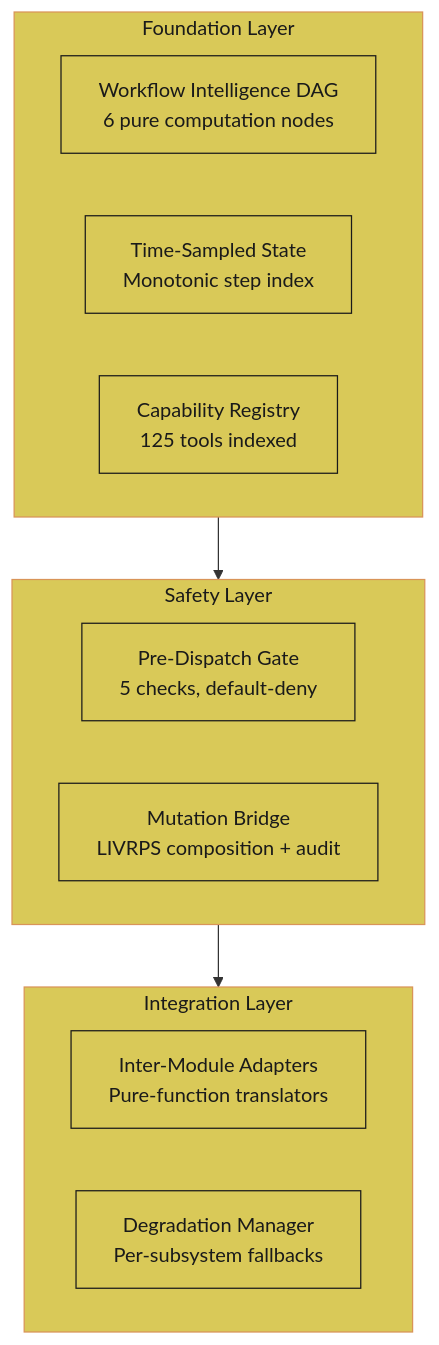
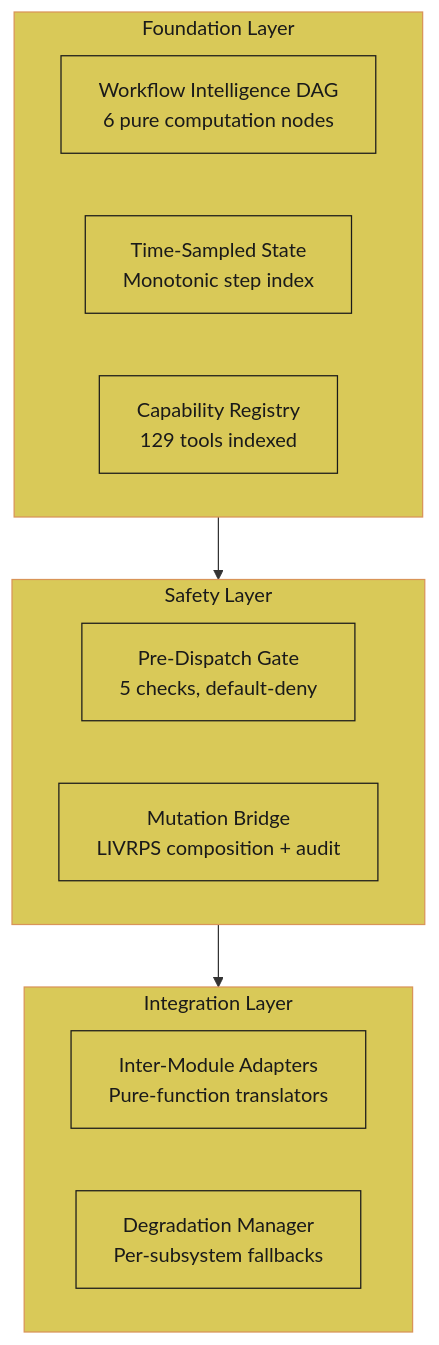
Before and after one commit to JosephOIbrahim/Comfy-Cozy: diagram 21 of 33 in README.md, drawn with Mermaid. The commit also changed other lines of this file, not shown here.

````diff
--- a/README.md
+++ b/README.md
@@ -917,28 +947,28 @@
 ```mermaid
 graph TB
     subgraph Foundation ["Foundation Layer"]
         DAG["Workflow Intelligence DAG<br/>6 pure computation nodes"]
         OBS["Time-Sampled State<br/>Monotonic step index"]
-        CAP["Capability Registry<br/>125 tools indexed"]
+        CAP["Capability Registry<br/>129 tools indexed"]
     end
 
     subgraph Safety ["Safety Layer"]
         GATE["Pre-Dispatch Gate<br/>5 checks, default-deny"]
         BRIDGE["Mutation Bridge<br/>LIVRPS composition + audit"]
     end
 
     subgraph Integration ["Integration Layer"]
         ADAPT["Inter-Module Adapters<br/>Pure-function translators"]
         DEGRADE["Degradation Manager<br/>Per-subsystem fallbacks"]
     end
 
     Foundation --> Safety --> Integration
 
     style Foundation fill:#d9c958,color:#1a1a1a,stroke:#d99458
     style Safety fill:#d9c958,color:#1a1a1a,stroke:#d99458
     style Integration fill:#d9c958,color:#1a1a1a,stroke:#d99458
 
     classDef orange fill:#d99458,color:#1a1a1a,stroke:#1a1a1a
     classDef yellow fill:#d9c958,color:#1a1a1a,stroke:#1a1a1a
     class DAG,OBS,CAP,GATE,BRIDGE,ADAPT,DEGRADE yellow
 ```
````
